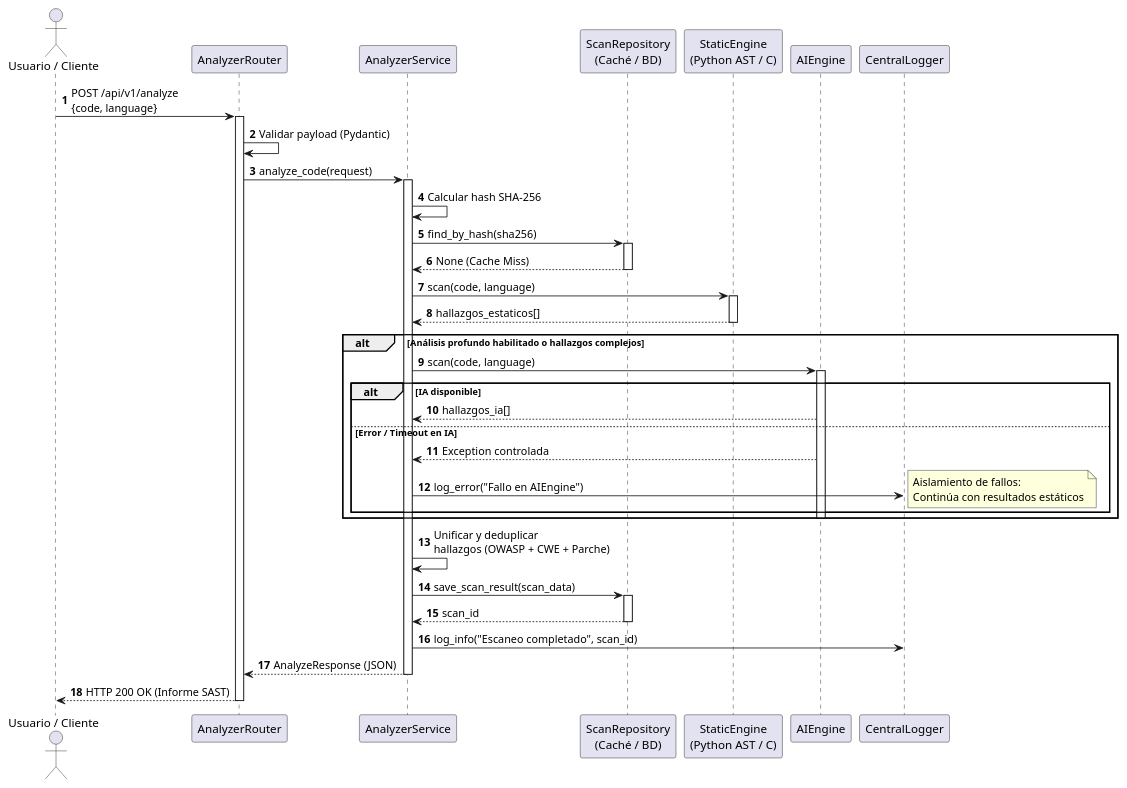
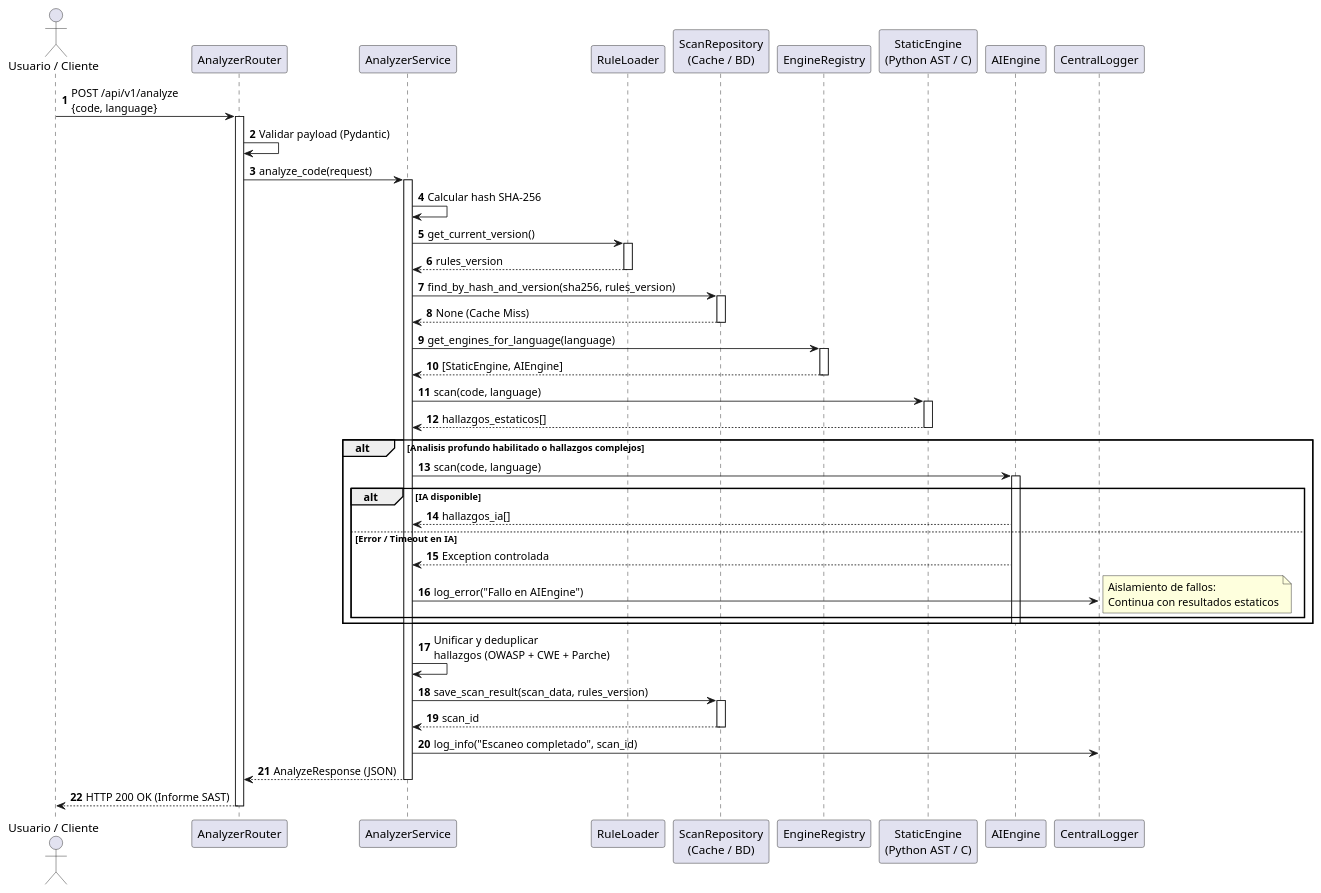
One commit to EVerjanoPerez/tfg-devsecops-analyzer changed the diagram in Documentos/Diagramas/secuencia_analisis/secuencia_analisis.puml. Above: the diagram before and after it, drawn with PlantUML. The commit also changed 29 other files, not shown here.

```diff
--- a/Documentos/Diagramas/secuencia_analisis/secuencia_analisis.puml
+++ b/Documentos/Diagramas/secuencia_analisis/secuencia_analisis.puml
@@ -1,57 +1,69 @@
 @startuml
 autonumber
 skinparam shadowing false
 
 actor "Usuario / Cliente" as Client
 participant "AnalyzerRouter" as Router
 participant "AnalyzerService" as Service
-participant "ScanRepository\n(Caché / BD)" as Repo
+participant "RuleLoader" as Loader
+participant "ScanRepository\n(Cache / BD)" as Repo
+participant "EngineRegistry" as Registry
 participant "StaticEngine\n(Python AST / C)" as Static
 participant "AIEngine" as AI
 participant "CentralLogger" as Logger
 
 Client -> Router : POST /api/v1/analyze\n{code, language}
 activate Router
 
 Router -> Router : Validar payload (Pydantic)
 Router -> Service : analyze_code(request)
 activate Service
 
 Service -> Service : Calcular hash SHA-256
-Service -> Repo : find_by_hash(sha256)
+Service -> Loader : get_current_version()
+activate Loader
+Loader --> Service : rules_version
+deactivate Loader
+
+Service -> Repo : find_by_hash_and_version(sha256, rules_version)
 activate Repo
 Repo --> Service : None (Cache Miss)
 deactivate Repo
+
+Service -> Registry : get_engines_for_language(language)
+activate Registry
+Registry --> Service : [StaticEngine, AIEngine]
+deactivate Registry
 
 Service -> Static : scan(code, language)
 activate Static
 Static --> Service : hallazgos_estaticos[]
 deactivate Static
 
-alt Análisis profundo habilitado o hallazgos complejos
+alt Analisis profundo habilitado o hallazgos complejos
   Service -> AI : scan(code, language)
   activate AI
   alt IA disponible
     AI --> Service : hallazgos_ia[]
   else Error / Timeout en IA
     AI --> Service : Exception controlada
     Service -> Logger : log_error("Fallo en AIEngine")
-    note right: Aislamiento de fallos:\nContinúa con resultados estáticos
+    note right: Aislamiento de fallos:\nContinua con resultados estaticos
   end
   deactivate AI
 end
 
 Service -> Service : Unificar y deduplicar\nhallazgos (OWASP + CWE + Parche)
 
-Service -> Repo : save_scan_result(scan_data)
+Service -> Repo : save_scan_result(scan_data, rules_version)
 activate Repo
 Repo --> Service : scan_id
 deactivate Repo
 
 Service -> Logger : log_info("Escaneo completado", scan_id)
 Service --> Router : AnalyzeResponse (JSON)
 deactivate Service
 
 Router --> Client : HTTP 200 OK (Informe SAST)
 deactivate Router
 @enduml
```
